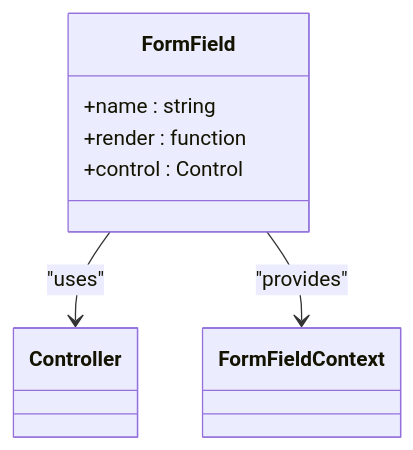
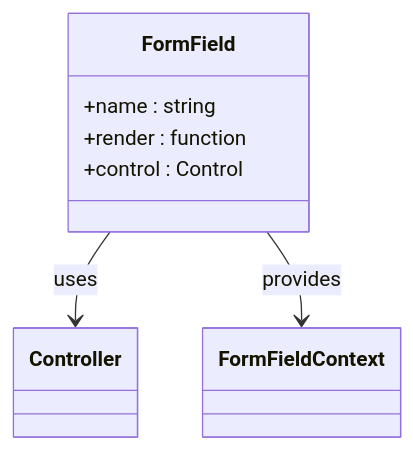
Before and after one commit to mohjak/sc-dof: the third of 7 diagrams in .qoder/repowiki/en/content/Component Reference/UI Component Library/Form Component.md, drawn with Mermaid. The commit also changed other lines of this file and 68 other files, not shown here.

First line of the commit message:
docs(docs): update component architecture docs with markdown formatting fixes

````diff
--- a/.qoder/repowiki/en/content/Component Reference/UI Component Library/Form Component.md
+++ b/.qoder/repowiki/en/content/Component Reference/UI Component Library/Form Component.md
@@ -93,10 +91,10 @@
 ```mermaid
 classDiagram
 class FormField {
 +name : string
 +render : function
 +control : Control
 }
-FormField --> Controller : "uses"
-FormField --> FormFieldContext : "provides"
+FormField --> Controller : uses
+FormField --> FormFieldContext : provides
 ```
````
